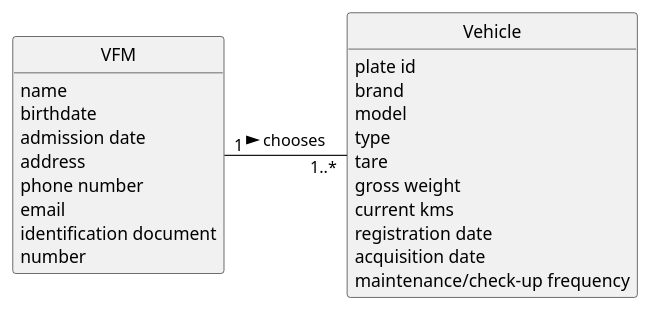
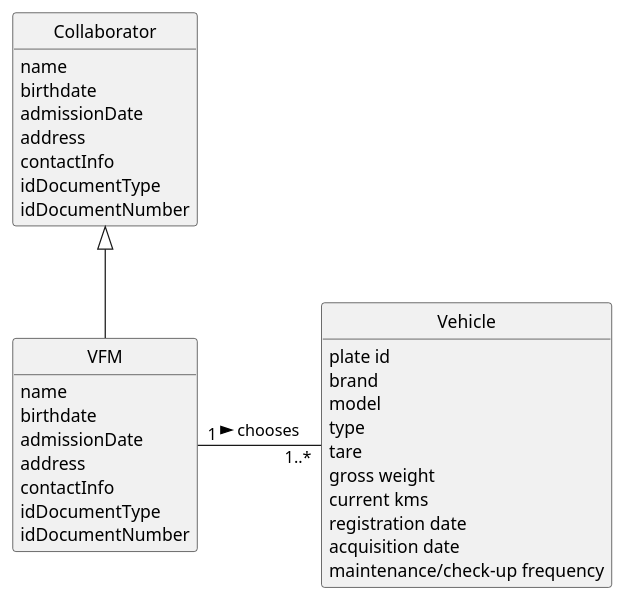
The diagram in docs/sprintA/us007/02.analysis/puml/us007-domain-model.puml (diogoveirospro/lei-24-s2-1dg-g072), drawn with PlantUML before and after one commit. The commit also changed 17 other files, not shown here.

```diff
--- a/docs/sprintA/us007/02.analysis/puml/us007-domain-model.puml
+++ b/docs/sprintA/us007/02.analysis/puml/us007-domain-model.puml
@@ -1,38 +1,47 @@
 @startuml
 skinparam monochrome true
 skinparam packageStyle rectangle
 skinparam shadowing false
 
 'left to right direction
 
 skinparam classAttributeIconSize 0
 hide circles
 hide methods
 
+class Collaborator {
+    name
+    birthdate
+    admissionDate
+    address
+    contactInfo
+    idDocumentType
+    idDocumentNumber
+}
+
 class VFM{
     name
     birthdate
-    admission date
+    admissionDate
     address
-    phone number
-    email
-    identification document
-    number
+    contactInfo
+    idDocumentType
+    idDocumentNumber
 }
 
 class Vehicle{
     plate id
     brand
     model
     type
     tare
     gross weight
     current kms
     registration date
     acquisition date
     maintenance/check-up frequency
 }
 
-
+Collaborator <|-- VFM
 VFM "1"-"   1..*" Vehicle: chooses >
 @enduml
```
